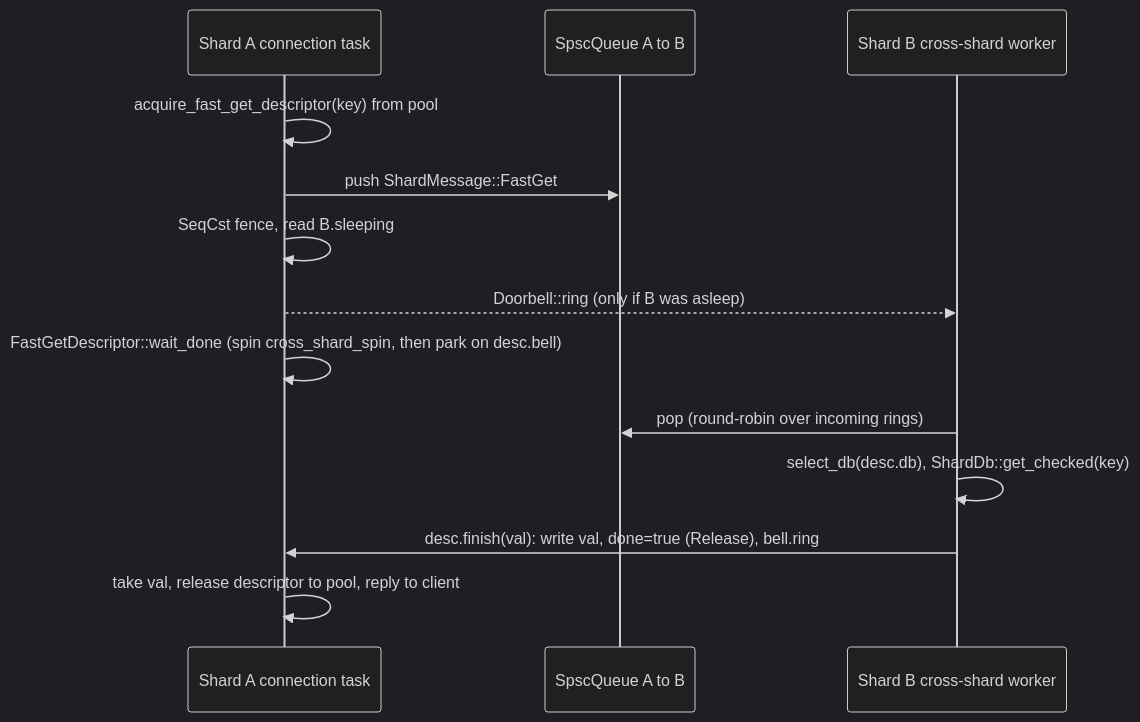
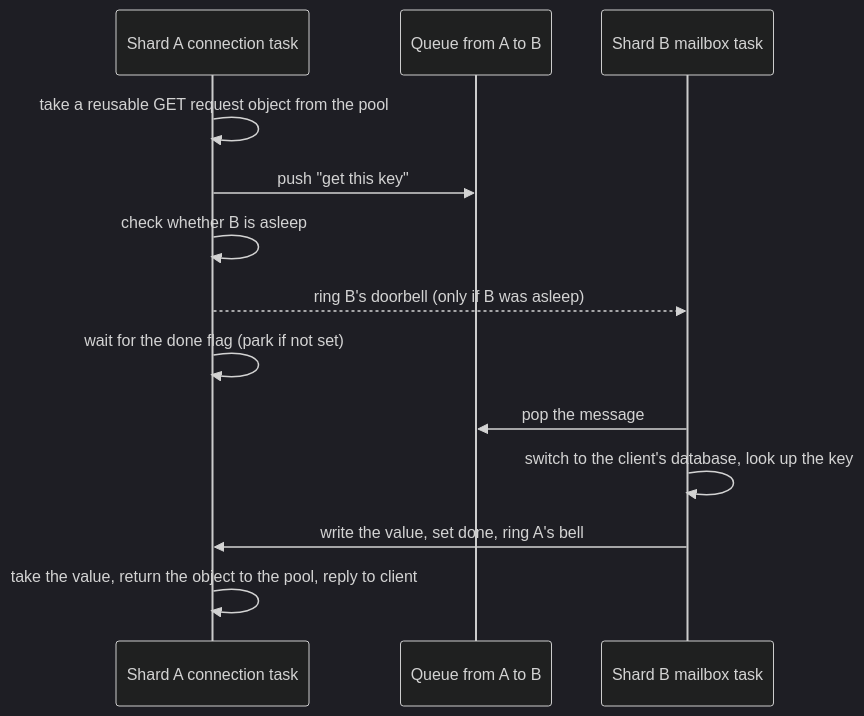
Before and after one commit to warrenzhu25/rudis: the second of 4 diagrams in docs/internal/04_sharding_mesh.md, drawn with Mermaid (dark theme). The commit also changed other lines of this file and 18 other files, not shown here.

````diff
--- a/docs/internal/04_sharding_mesh.md
+++ b/docs/internal/04_sharding_mesh.md
@@ -70,15 +86,15 @@
 ```mermaid
 sequenceDiagram
     participant A as Shard A connection task
-    participant RingAB as SpscQueue A to B
-    participant B as Shard B cross-shard worker
-    A->>A: acquire_fast_get_descriptor(key) from pool
-    A->>RingAB: push ShardMessage::FastGet
-    A->>A: SeqCst fence, read B.sleeping
-    A-->>B: Doorbell::ring (only if B was asleep)
-    A->>A: FastGetDescriptor::wait_done (spin cross_shard_spin, then park on desc.bell)
-    B->>RingAB: pop (round-robin over incoming rings)
-    B->>B: select_db(desc.db), ShardDb::get_checked(key)
-    B->>A: desc.finish(val): write val, done=true (Release), bell.ring
-    A->>A: take val, release descriptor to pool, reply to client
+    participant Q as Queue from A to B
+    participant B as Shard B mailbox task
+    A->>A: take a reusable GET request object from the pool
+    A->>Q: push "get this key"
+    A->>A: check whether B is asleep
+    A-->>B: ring B's doorbell (only if B was asleep)
+    A->>A: wait for the done flag (park if not set)
+    B->>Q: pop the message
+    B->>B: switch to the client's database, look up the key
+    B->>A: write the value, set done, ring A's bell
+    A->>A: take the value, return the object to the pool, reply to client
 ```
````
